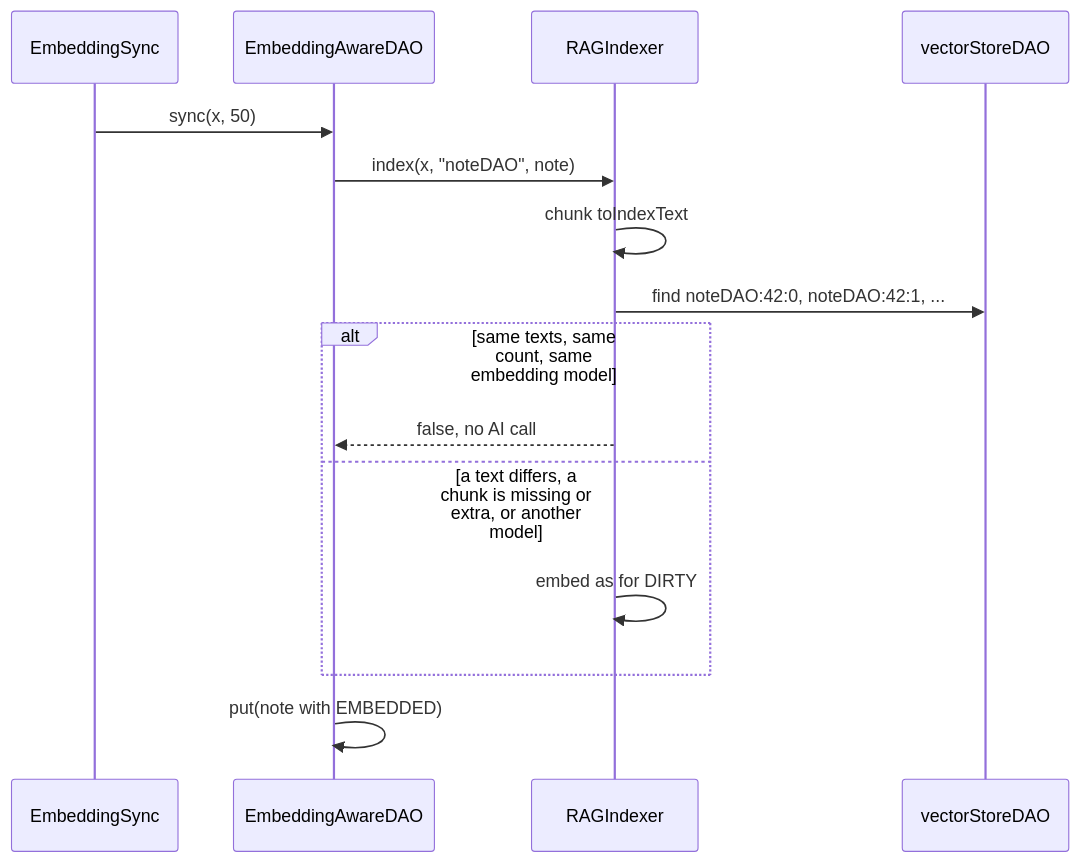
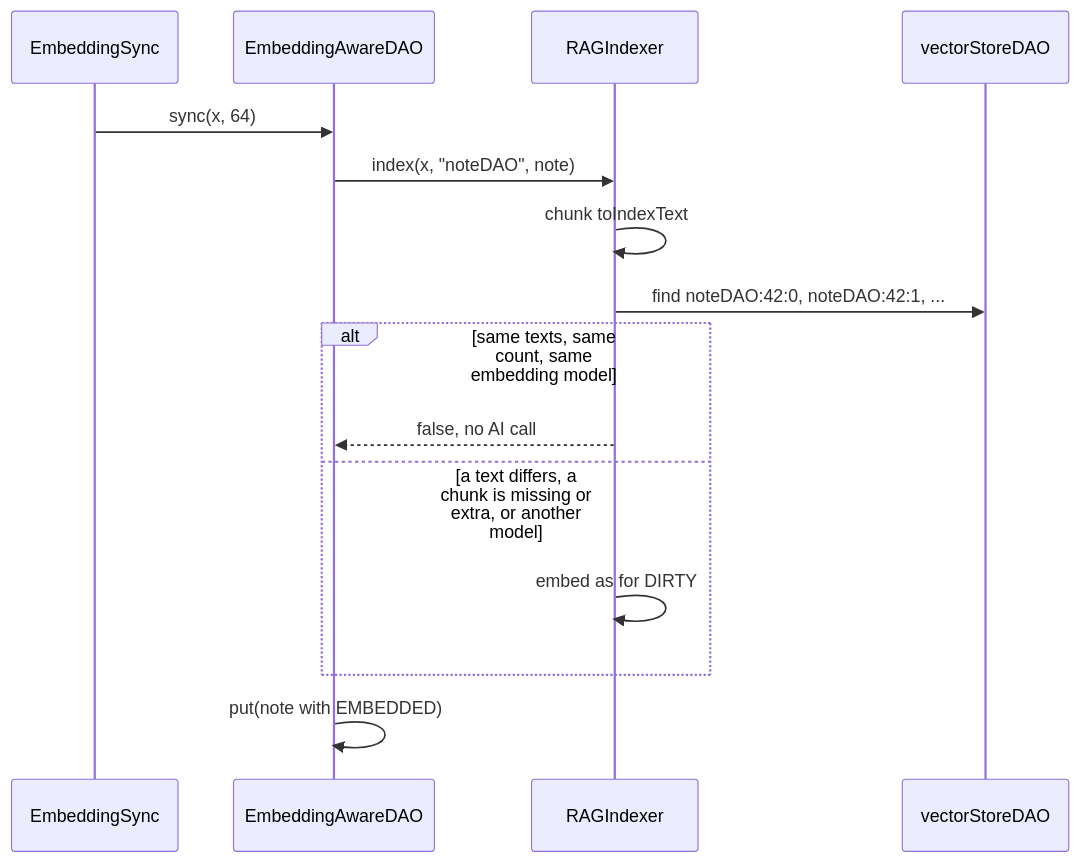
Before and after one commit to foam-foundation/foam3: the fifth of 7 diagrams in doc/guides/Embeddings.md, drawn with Mermaid. The commit also changed other lines of this file and 2 other files, not shown here.

Commit message:
PT-FIXES:DOS-5896 docs(ai): describe embed on save, batched sync and the extension points

````diff
--- a/doc/guides/Embeddings.md
+++ b/doc/guides/Embeddings.md
@@ -209,17 +218,17 @@
 ```mermaid
 sequenceDiagram
   participant Sync as EmbeddingSync
   participant EA as EmbeddingAwareDAO
   participant Idx as RAGIndexer
   participant VS as vectorStoreDAO
-  Sync->>EA: sync(x, 50)
+  Sync->>EA: sync(x, 64)
   EA->>Idx: index(x, "noteDAO", note)
   Idx->>Idx: chunk toIndexText
   Idx->>VS: find noteDAO:42:0, noteDAO:42:1, ...
   alt same texts, same count, same embedding model
     Idx-->>EA: false, no AI call
   else a text differs, a chunk is missing or extra, or another model
     Idx->>Idx: embed as for DIRTY
   end
   EA->>EA: put(note with EMBEDDED)
 ```
````
